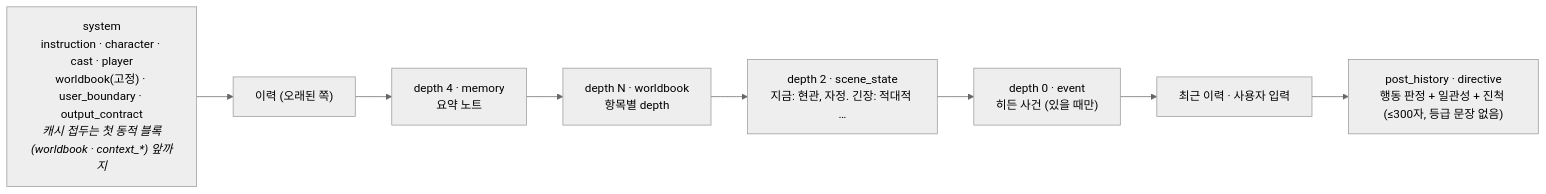
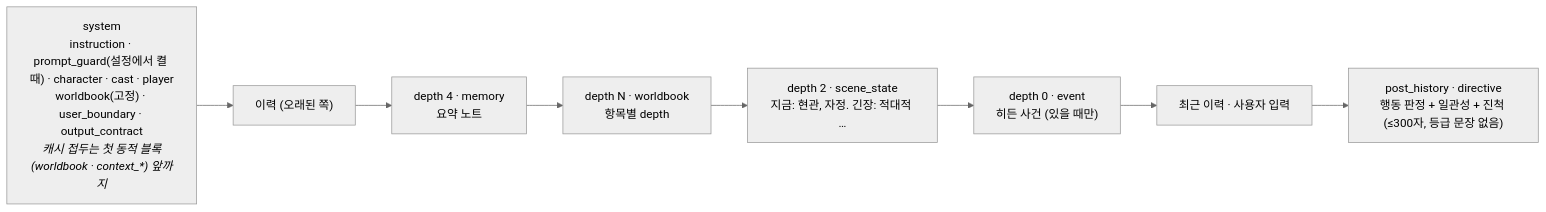
The second of 3 diagrams in README.md (saroby/RabbitEngine), drawn with Mermaid (neutral theme) before and after one commit. The commit also changed other lines of this file and 13 other files, not shown here.

First line of the commit message:
프롬프트 공격 방어 블록(prompt_guard)을 엔진 블록으로 더한다

````diff
--- a/README.md
+++ b/README.md
@@ -62,12 +62,12 @@
 ```mermaid
 flowchart LR
-    SYS["system<br>instruction · character · cast · player<br>worldbook(고정) · user_boundary · output_contract<br><i>캐시 접두는 첫 동적 블록(worldbook · context_*) 앞까지</i>"]
+    SYS["system<br>instruction · prompt_guard(설정에서 켤 때) · character · cast · player<br>worldbook(고정) · user_boundary · output_contract<br><i>캐시 접두는 첫 동적 블록(worldbook · context_*) 앞까지</i>"]
     H1["이력 (오래된 쪽)"]
     M["depth 4 · memory<br>요약 노트"]
     W["depth N · worldbook<br>항목별 depth"]
     ST["depth 2 · scene_state<br>지금: 현관, 자정. 긴장: 적대적 …"]
     EV["depth 0 · event<br>히든 사건 (있을 때만)"]
     H2["최근 이력 · 사용자 입력"]
     D["post_history · directive<br>행동 판정 + 일관성 + 진척 (≤300자, 등급 문장 없음)"]
     SYS --> H1 --> M --> W --> ST --> EV --> H2 --> D
 ```
````
